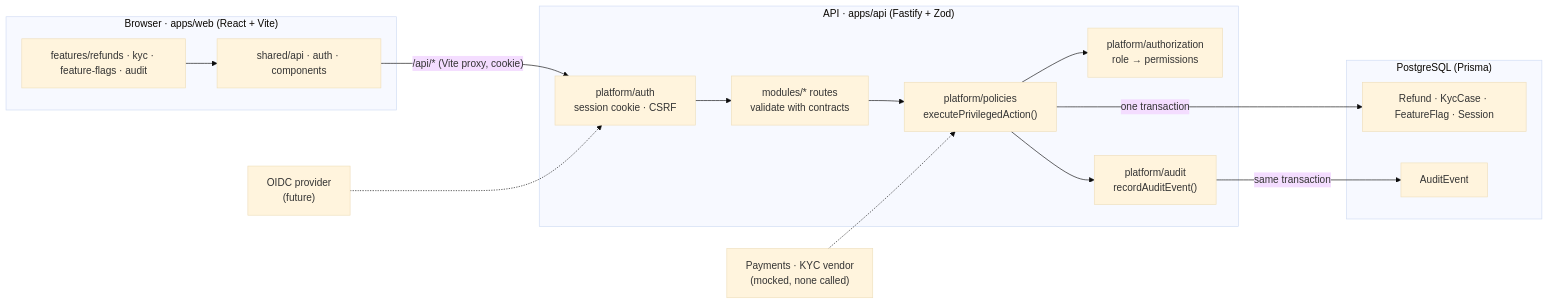
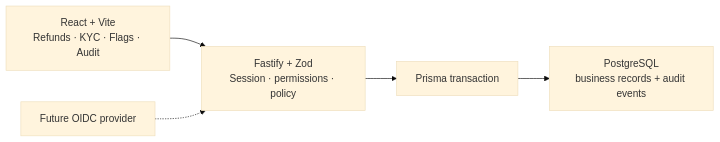
Before and after one commit to AyAggarwal/fintech-demo: the diagram in README.md, drawn with Mermaid (base theme). The commit also changed other lines of this file and 7 other files, not shown here.

````diff
--- a/README.md
+++ b/README.md
@@ -66,31 +26,7 @@
 ```mermaid
 flowchart LR
-  subgraph Browser["Browser · apps/web (React + Vite)"]
-    UI["features/refunds · kyc · feature-flags · audit"]
-    Shared["shared/api · auth · components"]
-    UI --> Shared
-  end
-
-  subgraph API["API · apps/api (Fastify + Zod)"]
-    Auth["platform/auth<br/>session cookie · CSRF"]
-    Routes["modules/* routes<br/>validate with contracts"]
-    Policy["platform/policies<br/>executePrivilegedAction()"]
-    Authz["platform/authorization<br/>role → permissions"]
-    Audit["platform/audit<br/>recordAuditEvent()"]
-    Auth --> Routes --> Policy
-    Policy --> Authz
-    Policy --> Audit
-  end
-
-  subgraph DB["PostgreSQL (Prisma)"]
-    Tables["Refund · KycCase · FeatureFlag · Session"]
-    AuditTable["AuditEvent"]
-  end
-
-  Shared -- "/api/* (Vite proxy, cookie)" --> Auth
-  Policy -- "one transaction" --> Tables
-  Audit -- "same transaction" --> AuditTable
-
-  IdP["OIDC provider<br/>(future)"] -.-> Auth
-  Ext["Payments · KYC vendor<br/>(mocked, none called)"] -.-> Policy
+  Browser["React + Vite<br/>Refunds · KYC · Flags · Audit"] --> API["Fastify + Zod<br/>Session · permissions · policy"]
+  API --> Tx["Prisma transaction"]
+  Tx --> Data["PostgreSQL<br/>business records + audit events"]
+  OIDC["Future OIDC provider"] -.-> API
 ```
````
